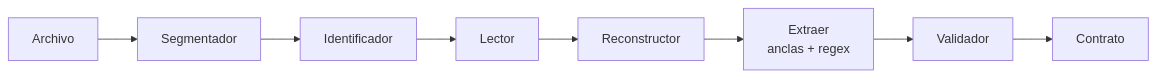
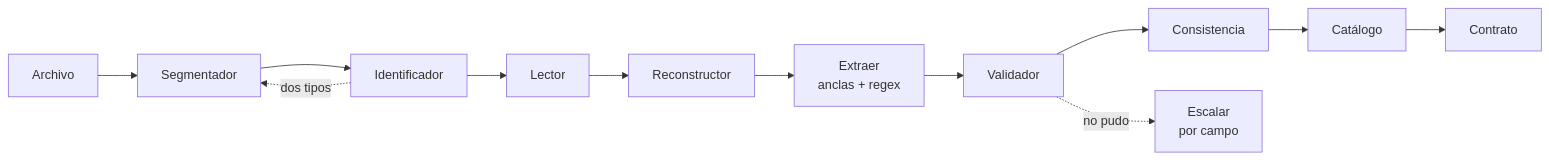
One commit to mariogarcia-ar/docflow changed diagram 11 of 15 in readme-min.md. Above: the diagram before and after it, drawn with Mermaid. The commit also changed other lines of this file, not shown here.

Commit message:
Refactor README.md to enhance clarity and detail in document extraction components, including flow adjustments and expanded descriptions for Segmentador, Identificador, Diagnóstico, Reconstructor, Validador, Consistencia, Catálogo, Contrato, and Revisor.

````diff
--- a/readme-min.md
+++ b/readme-min.md
@@ -201,5 +312,8 @@
 ```mermaid
 graph LR
     A["Archivo"] --> B["Segmentador"] --> C["Identificador"] --> D["Lector"]
-    D --> E["Reconstructor"] --> F["Extraer<br/>anclas + regex"] --> G["Validador"] --> H["Contrato"]
+    D --> E["Reconstructor"] --> F["Extraer<br/>anclas + regex"] --> G["Validador"]
+    G --> H["Consistencia"] --> I["Catálogo"] --> J["Contrato"]
+    C -.->|"dos tipos"| B
+    G -.->|"no pudo"| K["Escalar<br/>por campo"]
 ```
````
